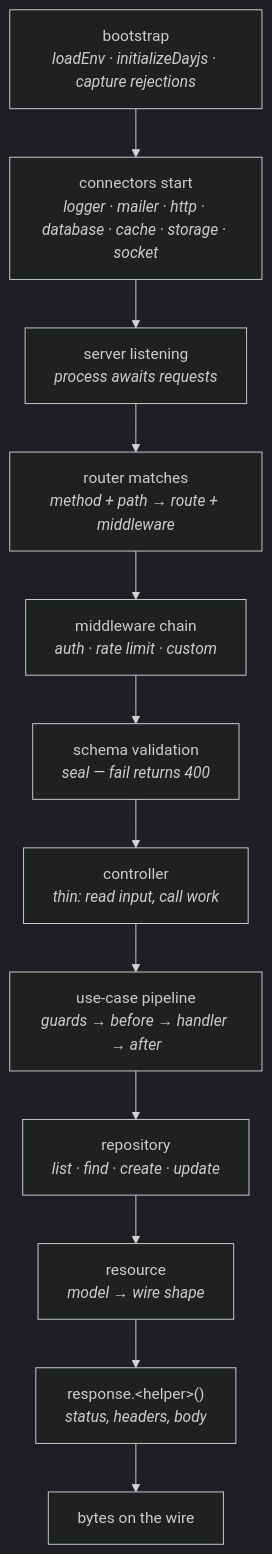
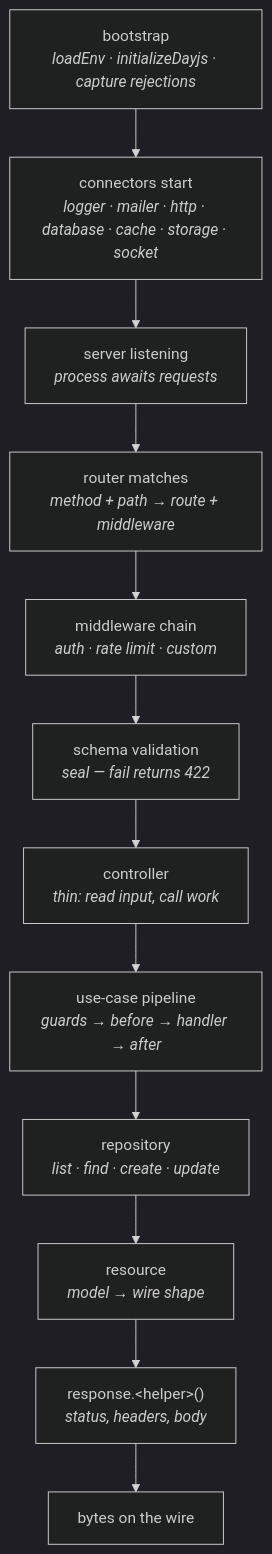
The first of 2 diagrams in src/content/docs/v/latest/core/architecture-concepts/01-the-request-lifecycle.md (warlockjs/documentation), drawn with Mermaid (dark theme) before and after one commit. The commit also changed 12 other files, not shown here.

````diff
--- a/src/content/docs/v/latest/core/architecture-concepts/01-the-request-lifecycle.md
+++ b/src/content/docs/v/latest/core/architecture-concepts/01-the-request-lifecycle.md
@@ -15,27 +15,27 @@
 ```mermaid
 flowchart TD
     boot["bootstrap<br/><i>loadEnv · initializeDayjs · capture rejections</i>"]
     connectors["connectors start<br/><i>logger · mailer · http · database · cache · storage · socket</i>"]
     listening["server listening<br/><i>process awaits requests</i>"]
     match["router matches<br/><i>method + path → route + middleware</i>"]
     middleware["middleware chain<br/><i>auth · rate limit · custom</i>"]
-    validation["schema validation<br/><i>seal — fail returns 400</i>"]
+    validation["schema validation<br/><i>seal — fail returns 422</i>"]
     controller["controller<br/><i>thin: read input, call work</i>"]
     usecase["use-case pipeline<br/><i>guards → before → handler → after</i>"]
     repository["repository<br/><i>list · find · create · update</i>"]
     resource["resource<br/><i>model → wire shape</i>"]
     response["response.&lt;helper&gt;()<br/><i>status, headers, body</i>"]
     sent["bytes on the wire"]
 
     boot --> connectors
     connectors --> listening
     listening --> match
     match --> middleware
     middleware --> validation
     validation --> controller
     controller --> usecase
     usecase --> repository
     repository --> resource
     resource --> response
     response --> sent
 ```
````
